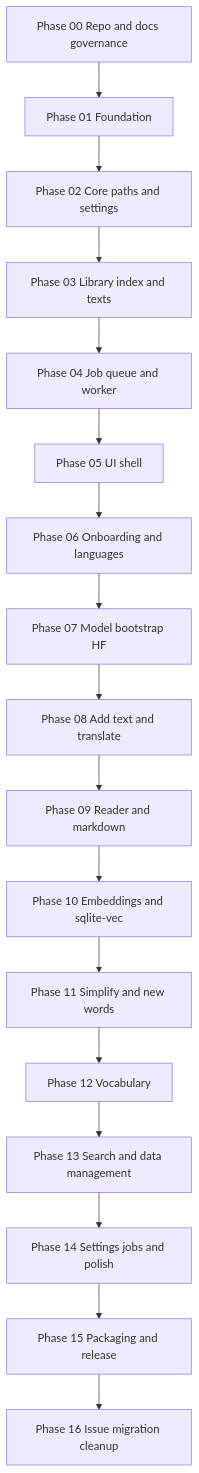
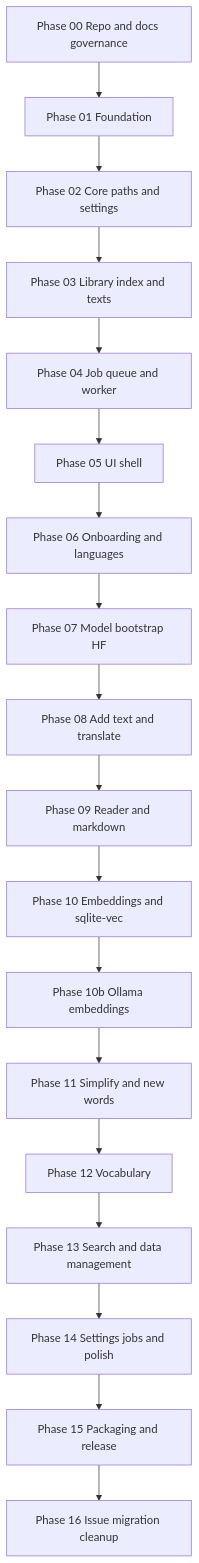
One commit to YannikG/lexiflow changed the diagram in docs/roadmap/README.md. Above: the diagram before and after it, drawn with Mermaid. The commit also changed other lines of this file and 53 other files, not shown here.

````diff
--- a/docs/roadmap/README.md
+++ b/docs/roadmap/README.md
@@ -13,25 +13,26 @@
 ```mermaid
 flowchart TB
   P00[Phase 00 Repo and docs governance]
   P01[Phase 01 Foundation]
   P02[Phase 02 Core paths and settings]
   P03[Phase 03 Library index and texts]
   P04[Phase 04 Job queue and worker]
   P05[Phase 05 UI shell]
   P06[Phase 06 Onboarding and languages]
   P07[Phase 07 Model bootstrap HF]
   P08[Phase 08 Add text and translate]
   P09[Phase 09 Reader and markdown]
   P10[Phase 10 Embeddings and sqlite-vec]
   P11[Phase 11 Simplify and new words]
   P12[Phase 12 Vocabulary]
   P13[Phase 13 Search and data management]
   P14[Phase 14 Settings jobs and polish]
   P15[Phase 15 Packaging and release]
 
   P00 --> P01 --> P02 --> P03 --> P04 --> P05
   P05 --> P06 --> P07 --> P08 --> P09
-  P09 --> P10 --> P11 --> P12 --> P13
+  P09 --> P10 --> P10b[Phase 10b Ollama embeddings]
+  P10b --> P11 --> P12 --> P13
   P13 --> P14 --> P15
   P15 --> P16[Phase 16 Issue migration cleanup]
 ```
````
